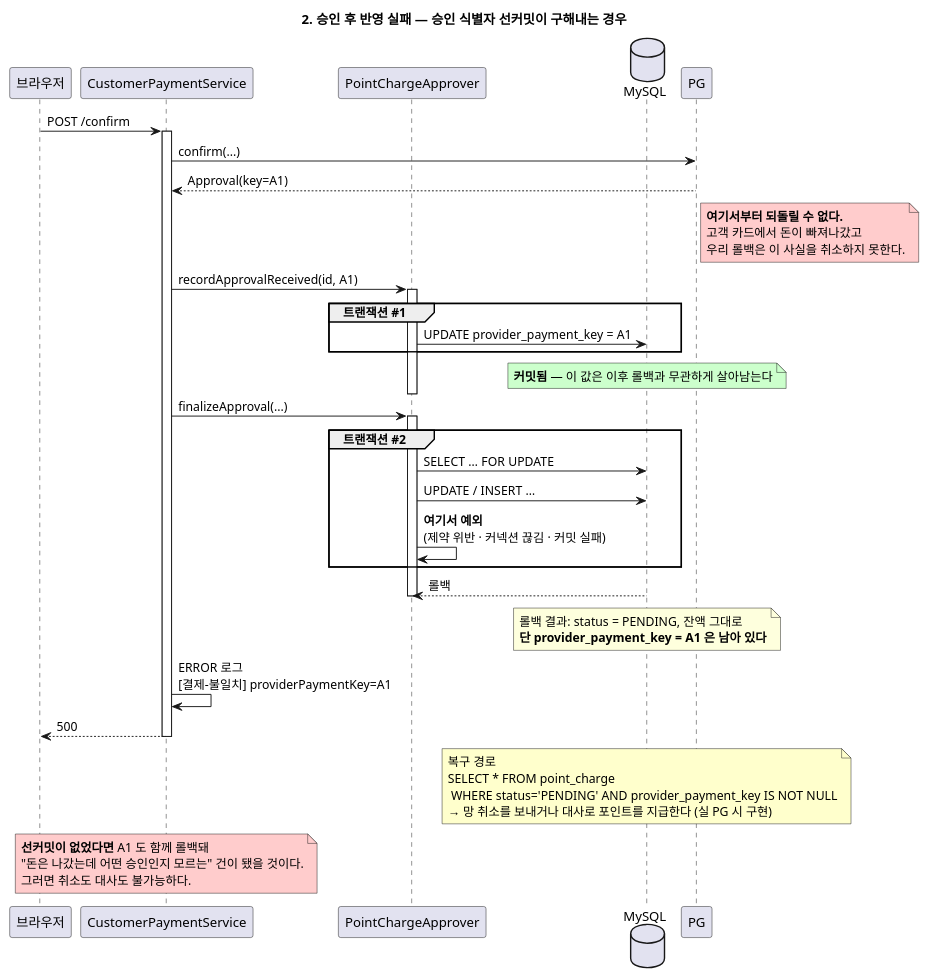
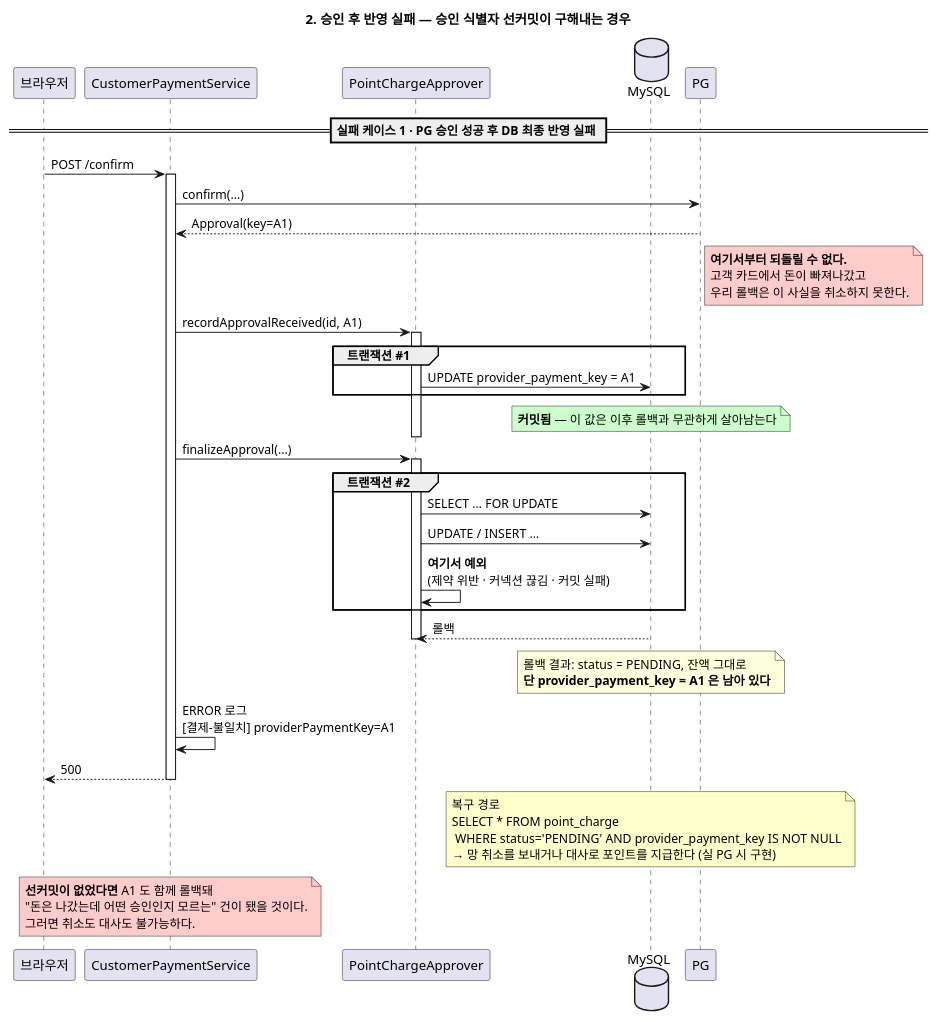
The second of 7 diagrams in docs/결제승인_관련_다이어그램/06-point-charge-sequence.puml (softeerbootcamp-8th/WEB-Team7-Turkey), drawn with PlantUML before and after one commit. The commit also changed other lines of this file and 7 other files, not shown here.

First line of the commit message:
docs: 결제 승인 시퀀스 다이어그램 갱신

```diff
--- a/docs/결제승인_관련_다이어그램/06-point-charge-sequence.puml
+++ b/docs/결제승인_관련_다이어그램/06-point-charge-sequence.puml
@@ -95,58 +106,59 @@
 @startuml 02-확정-실패
 title 2. 승인 후 반영 실패 — 승인 식별자 선커밋이 구해내는 경우
 
 participant "브라우저" as B
 participant "CustomerPaymentService" as S
 participant "PointChargeApprover" as A
 database "MySQL" as DB
 participant "PG" as PG
 
+== 실패 케이스 1 · PG 승인 성공 후 DB 최종 반영 실패 ==
 B -> S: POST /confirm
 activate S
 S -> PG: confirm(...)
 PG --> S: Approval(key=A1)
 note right of PG #FFCCCC
   <b>여기서부터 되돌릴 수 없다.</b>
   고객 카드에서 돈이 빠져나갔고
   우리 롤백은 이 사실을 취소하지 못한다.
 end note
 
 S -> A: recordApprovalReceived(id, A1)
 activate A
 group 트랜잭션 #1
   A -> DB: UPDATE provider_payment_key = A1
 end
 note over DB #CCFFCC: <b>커밋됨</b> — 이 값은 이후 롤백과 무관하게 살아남는다
 deactivate A
 
 S -> A: finalizeApproval(...)
 activate A
 group 트랜잭션 #2
   A -> DB: SELECT … FOR UPDATE
   A -> DB: UPDATE / INSERT …
   A -> A: <b>여기서 예외</b>\n(제약 위반 · 커넥션 끊김 · 커밋 실패)
 end
 DB --> A: 롤백
 deactivate A
 note over DB
   롤백 결과: status = PENDING, 잔액 그대로
   <b>단 provider_payment_key = A1 은 남아 있다</b>
 end note
 
 S -> S: ERROR 로그\n[결제-불일치] providerPaymentKey=A1
 S --> B: 500
 deactivate S
 
 note over DB #FFFFCC
   복구 경로
   SELECT * FROM point_charge
    WHERE status='PENDING' AND provider_payment_key IS NOT NULL
   → 망 취소를 보내거나 대사로 포인트를 지급한다 (실 PG 시 구현)
 end note
 
 note over S #FFCCCC
   <b>선커밋이 없었다면</b> A1 도 함께 롤백돼
   "돈은 나갔는데 어떤 승인인지 모르는" 건이 됐을 것이다.
   그러면 취소도 대사도 불가능하다.
 end note
 @enduml
```
